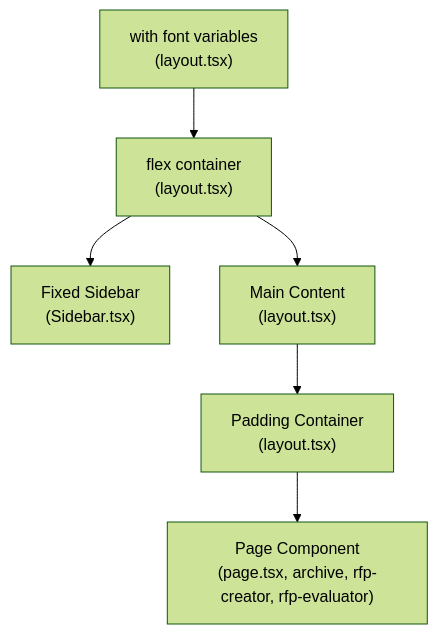
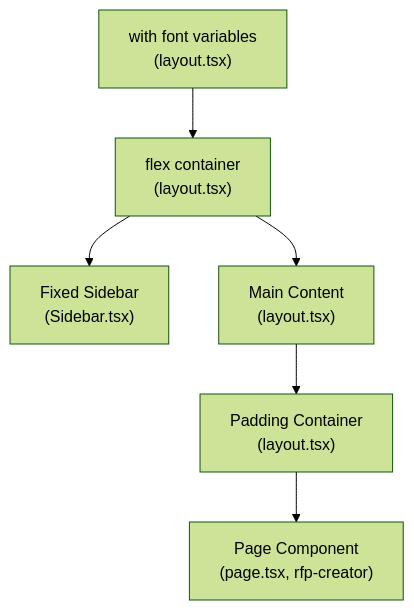
Before and after one commit to alexandreybasta-cyber/dubai-media-ai: the second of 2 diagrams in .qoder/repowiki/en/content/Frontend Application/Application Layout & Navigation.md, drawn with Mermaid (forest theme). The commit also changed other lines of this file and 21 other files, not shown here.

````diff
--- a/.qoder/repowiki/en/content/Frontend Application/Application Layout & Navigation.md
+++ b/.qoder/repowiki/en/content/Frontend Application/Application Layout & Navigation.md
@@ -101,8 +93,8 @@
 ```mermaid
 graph TB
 html["<html> with font variables<br/>(layout.tsx)"] --> body["<body> flex container<br/>(layout.tsx)"]
 body --> aside["<aside> Fixed Sidebar<br/>(Sidebar.tsx)"]
 body --> main["<main> Main Content<br/>(layout.tsx)"]
 main --> divPadding["<div> Padding Container<br/>(layout.tsx)"]
-divPadding --> page["Page Component<br/>(page.tsx, archive, rfp-creator, rfp-evaluator)"]
+divPadding --> page["Page Component<br/>(page.tsx, rfp-creator)"]
 ```
````
